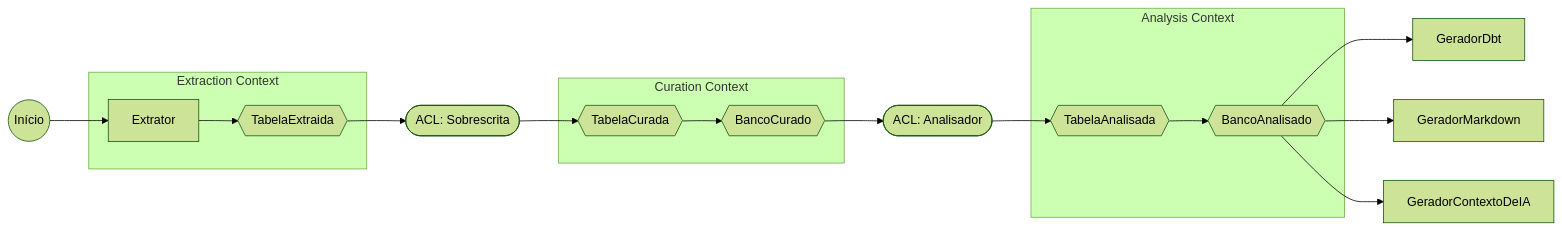
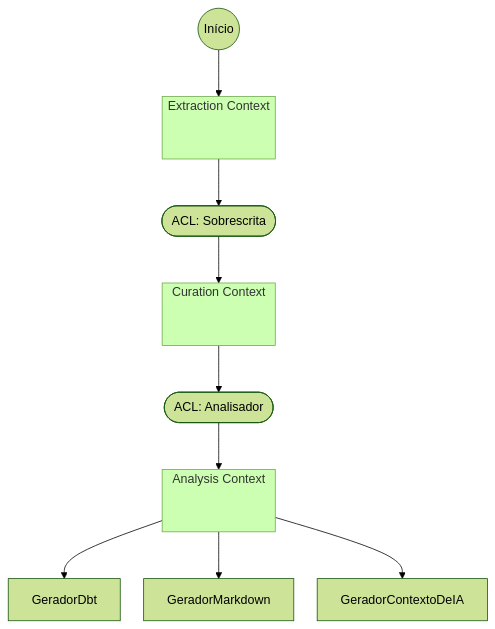
One commit to ThiagoLimaC/ddf changed the diagram in site_docs/arquitetura/index.md. Above: the diagram before and after it, drawn with Mermaid (forest theme). The commit also changed other lines of this file and 12 other files, not shown here.

````diff
--- a/site_docs/arquitetura/index.md
+++ b/site_docs/arquitetura/index.md
@@ -56,34 +69,42 @@
 ```mermaid
-flowchart LR
+%%{init: {"flowchart": {"rankSpacing": 60, "nodeSpacing": 30}}}%%
+flowchart TB
+
     inicio((Início))
 
     subgraph extraction["Extraction Context"]
-        extrator[Extrator]
-        tabelaExtraida{{TabelaExtraida}}
+        extracao[" "]
     end
 
     aclSobrescrita(["ACL: Sobrescrita"])
 
     subgraph curation["Curation Context"]
-        tabelaCurada{{TabelaCurada}}
-        bancoCurado{{BancoCurado}}
+        curadoria[" "]
     end
 
     aclAnalisador(["ACL: Analisador"])
 
     subgraph analysis["Analysis Context"]
-        tabelaAnalisada{{TabelaAnalisada}}
-        bancoAnalisado{{BancoAnalisado}}
+        analise[" "]
     end
 
     genDbt[GeradorDbt]
     genMd[GeradorMarkdown]
     genIa[GeradorContextoDeIA]
 
-    inicio --> extrator --> tabelaExtraida --> aclSobrescrita
-    aclSobrescrita --> tabelaCurada --> bancoCurado --> aclAnalisador
-    aclAnalisador --> tabelaAnalisada --> bancoAnalisado
-    bancoAnalisado --> genDbt
-    bancoAnalisado --> genMd
-    bancoAnalisado --> genIa
+    inicio --> extraction
+    extraction --> aclSobrescrita
+
+    aclSobrescrita --> curation
+    curation --> aclAnalisador
+
+    aclAnalisador --> analysis
+
+    analysis --> genDbt
+    analysis --> genMd
+    analysis --> genIa
+
+    style extracao fill:none,stroke:none
+    style curadoria fill:none,stroke:none
+    style analise fill:none,stroke:none
 ```
````
